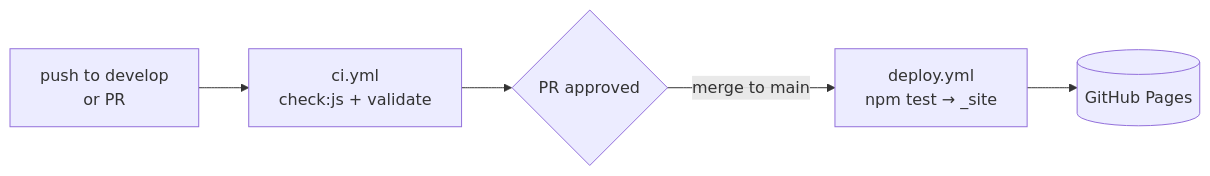
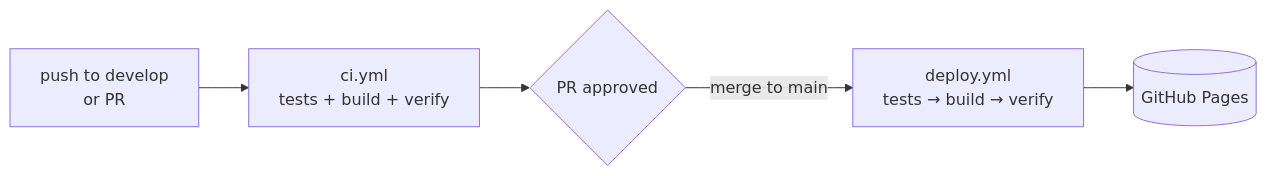
One commit to danhpaiva/claude-certified-developer-simulator-html-css-js changed the diagram in README.en.md. Above: the diagram before and after it, drawn with Mermaid. The commit also changed other lines of this file and 11 other files, not shown here.

````diff
--- a/README.en.md
+++ b/README.en.md
@@ -131,7 +131,7 @@
 ```mermaid
 flowchart LR
-  A["push to develop<br/>or PR"] --> B["ci.yml<br/>check:js + validate"]
+  A["push to develop<br/>or PR"] --> B["ci.yml<br/>tests + build + verify"]
   B --> C{"PR approved"}
-  C -->|"merge to main"| D["deploy.yml<br/>npm test → _site"]
+  C -->|"merge to main"| D["deploy.yml<br/>tests → build → verify"]
   D --> E[("GitHub Pages")]
 ```
````
